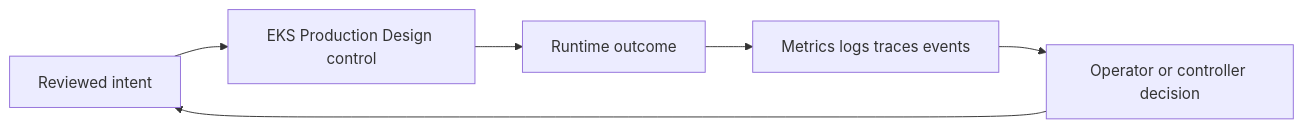
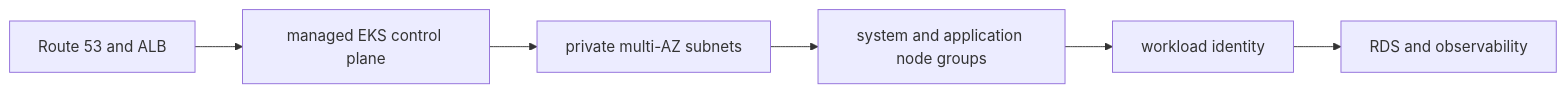
One commit to m1mohamad/devops-sre-prep changed the diagram in docs/study/aws/04-eks-production-design.md. Above: the diagram before and after it, drawn with Mermaid. The commit also changed other lines of this file and 61 other files, not shown here.

Commit message:
Replace generic architecture and study templates

````diff
--- a/docs/study/aws/04-eks-production-design.md
+++ b/docs/study/aws/04-eks-production-design.md
@@ -20,8 +15,4 @@
 ```mermaid
 flowchart LR
-  Intent[Reviewed intent] --> Control[EKS Production Design control]
-  Control --> Runtime[Runtime outcome]
-  Runtime --> Signals[Metrics logs traces events]
-  Signals --> Decision[Operator or controller decision]
-  Decision --> Intent
+  N0[Route 53 and ALB] --> N1[managed EKS control plane] --> N2[private multi-AZ subnets] --> N3[system and application node groups] --> N4[workload identity] --> N5[RDS and observability]
 ```
````
